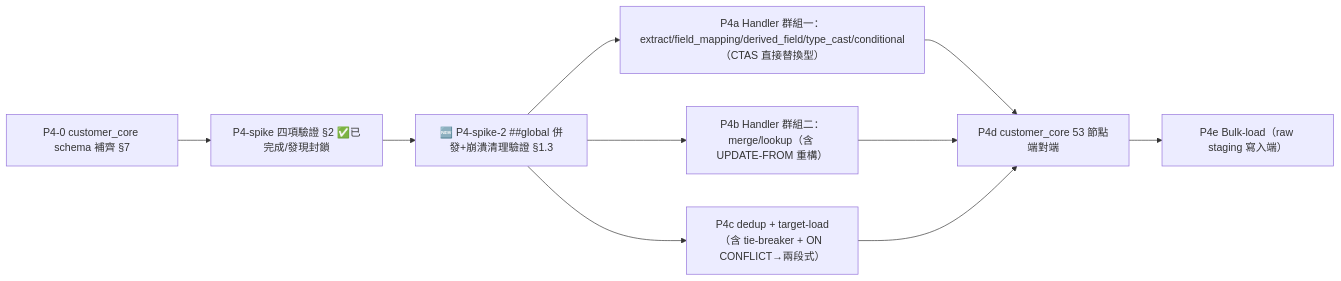
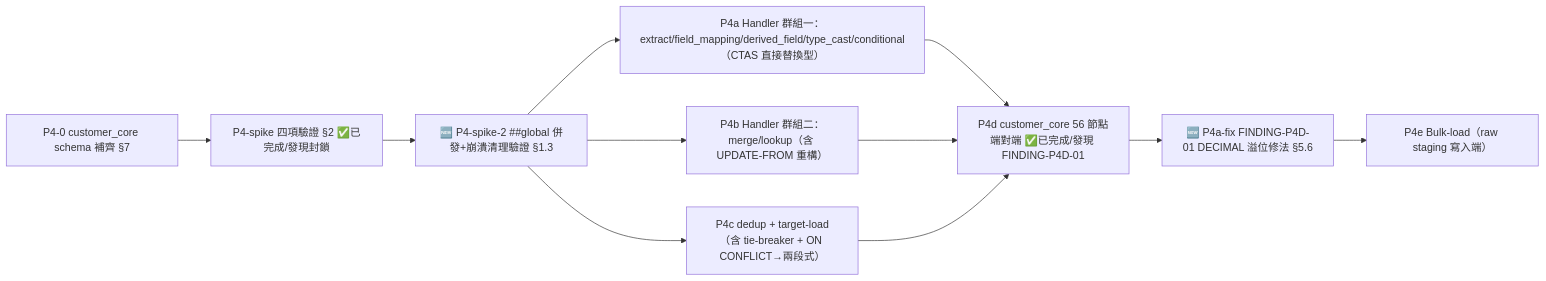
Before and after one commit to wisewhalesoft/cdmp-mvp: the diagram in docs/specs/implementation-log/AD-E07-41-mssql-p4-etl-engine.md, drawn with Mermaid. The commit also changed other lines of this file and 1 other file, not shown here.

First line of the commit message:
docs(mssql-migration): AD-E07-41 v1.2 — FINDING-P4D-01 DECIMAL 溢位修法裁定

````diff
--- a/docs/specs/implementation-log/AD-E07-41-mssql-p4-etl-engine.md
+++ b/docs/specs/implementation-log/AD-E07-41-mssql-p4-etl-engine.md
@@ -355,12 +395,13 @@
 ```mermaid
 graph LR
   Pre[P4-0 customer_core schema 補齊 §7] --> Spike[P4-spike 四項驗證 §2 ✅已完成/發現封鎖]
   Spike --> Spike2[🆕 P4-spike-2 ##global 併發+崩潰清理驗證 §1.3]
   Spike2 --> Group1[P4a Handler 群組一：extract/field_mapping/derived_field/type_cast/conditional（CTAS 直接替換型）]
   Spike2 --> Group2[P4b Handler 群組二：merge/lookup（含 UPDATE-FROM 重構）]
   Spike2 --> Group3[P4c dedup + target-load（含 tie-breaker + ON CONFLICT→兩段式）]
-  Group1 --> E2E[P4d customer_core 53 節點端對端]
+  Group1 --> E2E[P4d customer_core 56 節點端對端 ✅已完成/發現 FINDING-P4D-01]
   Group2 --> E2E
   Group3 --> E2E
-  E2E --> Bulk[P4e Bulk-load（raw staging 寫入端）]
+  E2E --> Fix[🆕 P4a-fix FINDING-P4D-01 DECIMAL 溢位修法 §5.6]
+  Fix --> Bulk[P4e Bulk-load（raw staging 寫入端）]
 ```
````
